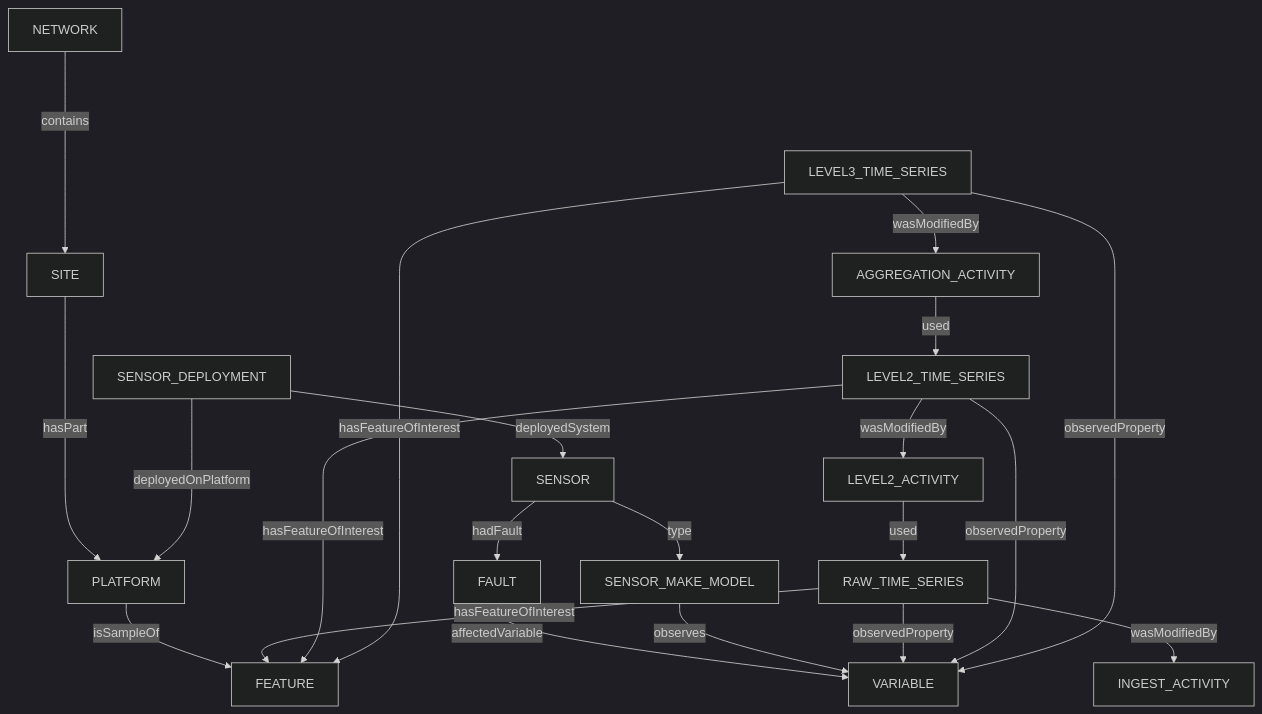
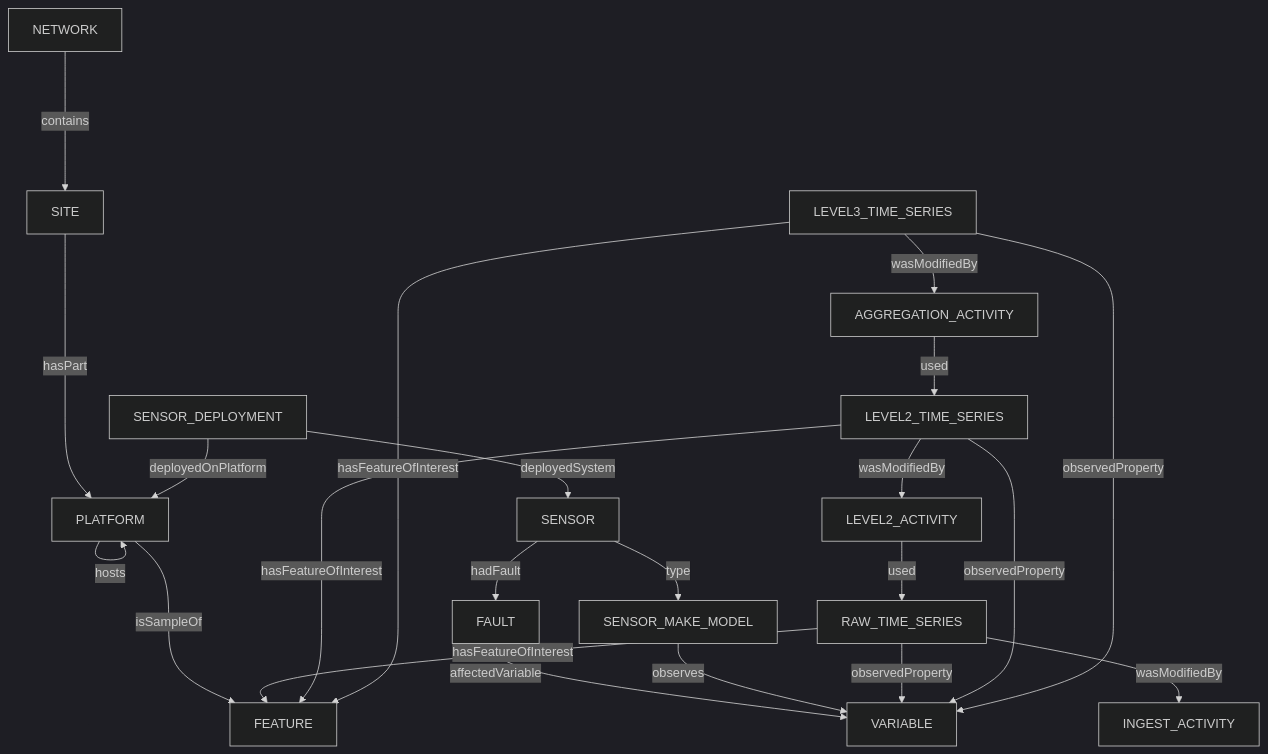
The first of 8 diagrams in ontology/doc/example.md (NERC-CEH/fdri-ontology), drawn with Mermaid (dark theme) before and after one commit. The commit also changed other lines of this file, not shown here.

````diff
--- a/ontology/doc/example.md
+++ b/ontology/doc/example.md
@@ -5,19 +4,20 @@
 ```mermaid
 flowchart TB
 NETWORK --contains----> SITE
 SITE --hasPart----> PLATFORM
+PLATFORM --hosts--> PLATFORM
 PLATFORM --isSampleOf--> FEATURE
 SENSOR_DEPLOYMENT --deployedOnPlatform--> PLATFORM
 SENSOR_DEPLOYMENT --deployedSystem--> SENSOR
 SENSOR --type--> SENSOR_MAKE_MODEL
 SENSOR --hadFault --> FAULT
 FAULT --affectedVariable--> VARIABLE
 SENSOR_MAKE_MODEL -- observes--> VARIABLE
 RAW_TIME_SERIES & LEVEL2_TIME_SERIES & LEVEL3_TIME_SERIES --hasFeatureOfInterest--> FEATURE
 RAW_TIME_SERIES  & LEVEL2_TIME_SERIES & LEVEL3_TIME_SERIES-- observedProperty-->VARIABLE
 RAW_TIME_SERIES --wasModifiedBy--> INGEST_ACTIVITY
 LEVEL2_TIME_SERIES --wasModifiedBy--> LEVEL2_ACTIVITY
 LEVEL2_ACTIVITY --used--> RAW_TIME_SERIES
 LEVEL3_TIME_SERIES --wasModifiedBy--> AGGREGATION_ACTIVITY
 AGGREGATION_ACTIVITY --used--> LEVEL2_TIME_SERIES
 ```
````
